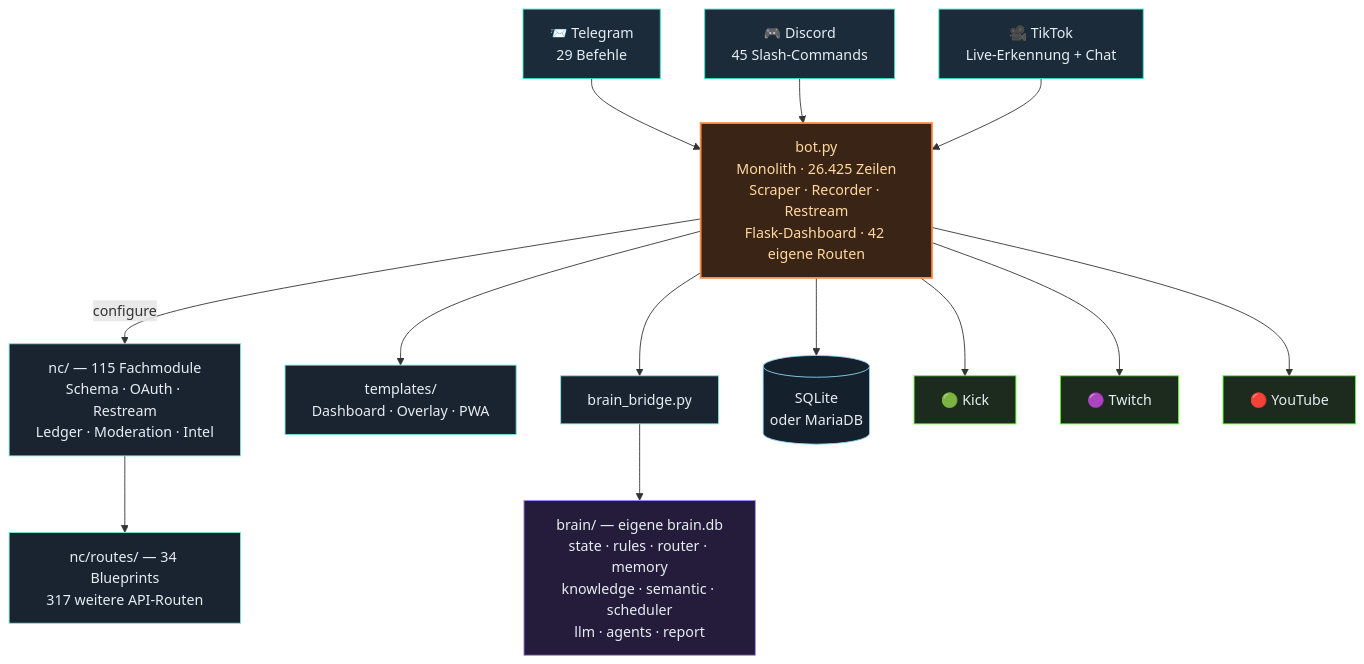
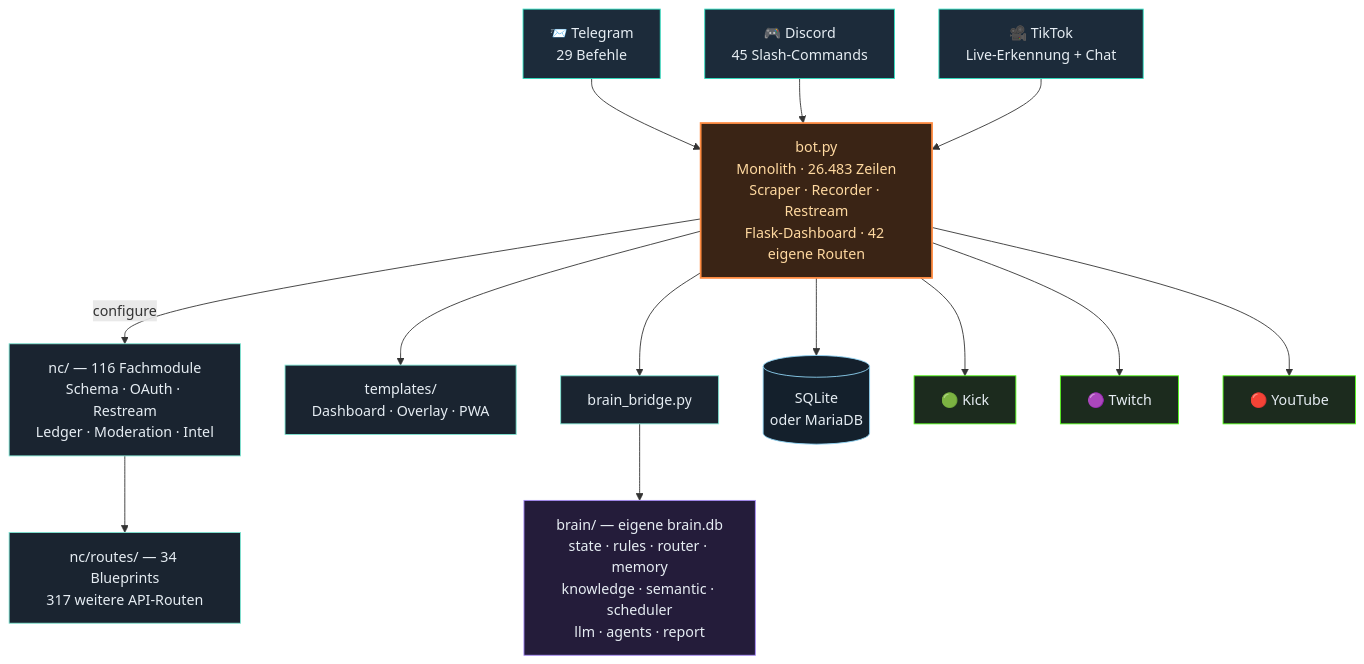
Before and after one commit to itsamemedev/Telegram-Stream-Info-Bot: the third of 4 diagrams in README.md, drawn with Mermaid. The commit also changed other lines of this file and 9 other files, not shown here.

````diff
--- a/README.md
+++ b/README.md
@@ -189,30 +189,30 @@
 ```mermaid
 flowchart TB
     TG["📨 Telegram<br/>29 Befehle"]:::ein
     DC["🎮 Discord<br/>45 Slash-Commands"]:::ein
     TT["🎥 TikTok<br/>Live-Erkennung + Chat"]:::ein
 
     TG --> BOT
     DC --> BOT
     TT --> BOT
 
-    BOT["bot.py<br/>Monolith · 26.425 Zeilen<br/>Scraper · Recorder · Restream<br/>Flask-Dashboard · 42 eigene Routen"]:::core
+    BOT["bot.py<br/>Monolith · 26.483 Zeilen<br/>Scraper · Recorder · Restream<br/>Flask-Dashboard · 42 eigene Routen"]:::core
 
-    BOT -->|configure| NC["nc/ — 115 Fachmodule<br/>Schema · OAuth · Restream<br/>Ledger · Moderation · Intel"]:::lib
+    BOT -->|configure| NC["nc/ — 116 Fachmodule<br/>Schema · OAuth · Restream<br/>Ledger · Moderation · Intel"]:::lib
     NC --> RT["nc/routes/ — 34 Blueprints<br/>317 weitere API-Routen"]:::lib
     BOT --> TPL["templates/<br/>Dashboard · Overlay · PWA"]:::lib
     BOT --> BR["brain_bridge.py"]:::lib
     BR --> BRAIN["brain/ — eigene brain.db<br/>state · rules · router · memory<br/>knowledge · semantic · scheduler<br/>llm · agents · report"]:::brain
     BOT --> DB[("SQLite<br/>oder MariaDB")]:::db
 
     BOT --> KICK["🟢 Kick"]:::out
     BOT --> TW["🟣 Twitch"]:::out
     BOT --> YT["🔴 YouTube"]:::out
 
     classDef ein fill:#1c2b3a,stroke:#2de1c2,color:#e6edf3
     classDef core fill:#3a2415,stroke:#ff8c42,stroke-width:2px,color:#ffd9a0
     classDef lib fill:#1a2430,stroke:#7fe7d4,color:#e6edf3
     classDef brain fill:#241c3a,stroke:#a78bfa,color:#e6edf3
     classDef db fill:#14202c,stroke:#8fd3f4,color:#e6edf3
     classDef out fill:#1c2b1e,stroke:#53fc18,color:#e6edf3
 ```
````
